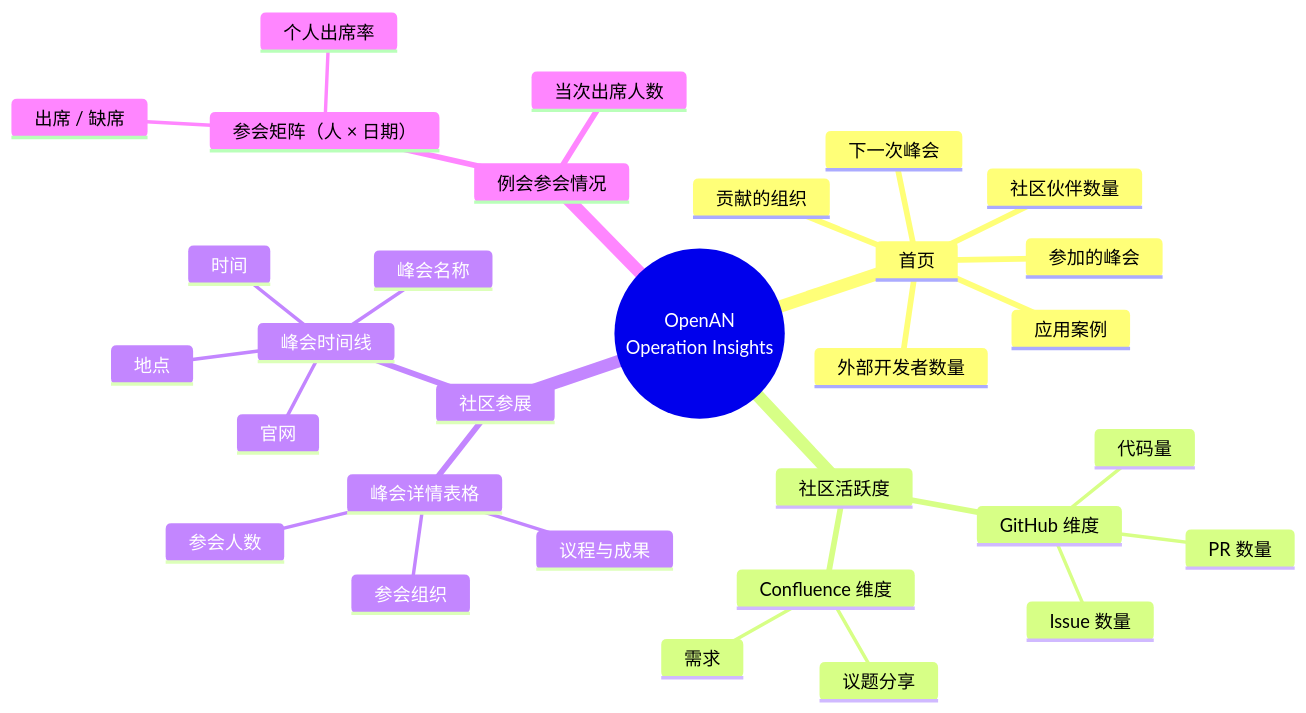
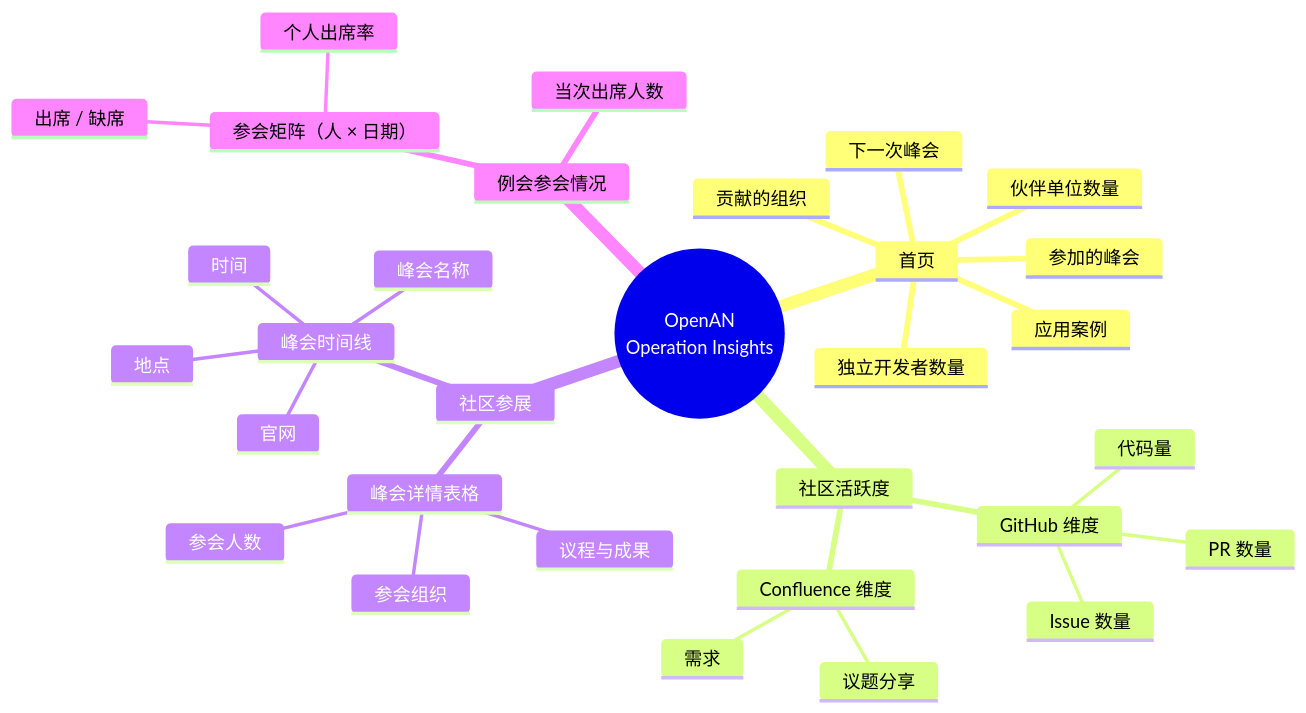
One commit to huang2001junjie-rgb/openan-operation-insights changed the first of 8 diagrams in docs/01-architecture-overview.md. Above: the diagram before and after it, drawn with Mermaid. The commit also changed other lines of this file and 30 other files, not shown here.

````diff
--- a/docs/01-architecture-overview.md
+++ b/docs/01-architecture-overview.md
@@ -59,34 +59,34 @@
 ```mermaid
 mindmap
   root((OpenAN<br/>Operation Insights))
     首页
-      社区伙伴数量
-      外部开发者数量
+      伙伴单位数量
+      独立开发者数量
       参加的峰会
       应用案例
       下一次峰会
       贡献的组织
     社区活跃度
       GitHub 维度
         PR 数量
         Issue 数量
         代码量
       Confluence 维度
         需求
         议题分享
     社区参展
       峰会时间线
         峰会名称
         时间
         地点
         官网
       峰会详情表格
         参会组织
         参会人数
         议程与成果
     例会参会情况
       参会矩阵（人 × 日期）
         出席 / 缺席
         个人出席率
       当次出席人数
 ```
````
